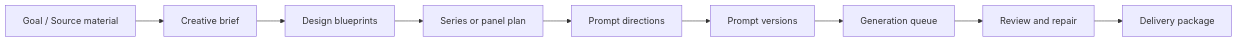
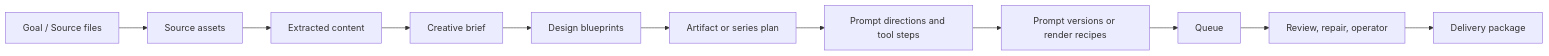
The second of 2 diagrams in docs/PRODUCT_DESIGN.md (sciman-top/ai-content-delivery-studio), drawn with Mermaid before and after one commit. The commit also changed other lines of this file and 6 other files, not shown here.

````diff
--- a/docs/PRODUCT_DESIGN.md
+++ b/docs/PRODUCT_DESIGN.md
@@ -32,11 +35,13 @@
 ```mermaid
 flowchart LR
-    A["Goal / Source material"] --> B["Creative brief"]
-    B --> C["Design blueprints"]
-    C --> D["Series or panel plan"]
-    D --> E["Prompt directions"]
-    E --> F["Prompt versions"]
-    F --> G["Generation queue"]
-    G --> H["Review and repair"]
-    H --> I["Delivery package"]
+    A["Goal / Source files"] --> B["Source assets"]
+    B --> C["Extracted content"]
+    C --> D["Creative brief"]
+    D --> E["Design blueprints"]
+    E --> F["Artifact or series plan"]
+    F --> G["Prompt directions and tool steps"]
+    G --> H["Prompt versions or render recipes"]
+    H --> I["Queue"]
+    I --> J["Review, repair, operator"]
+    J --> K["Delivery package"]
 ```
````
